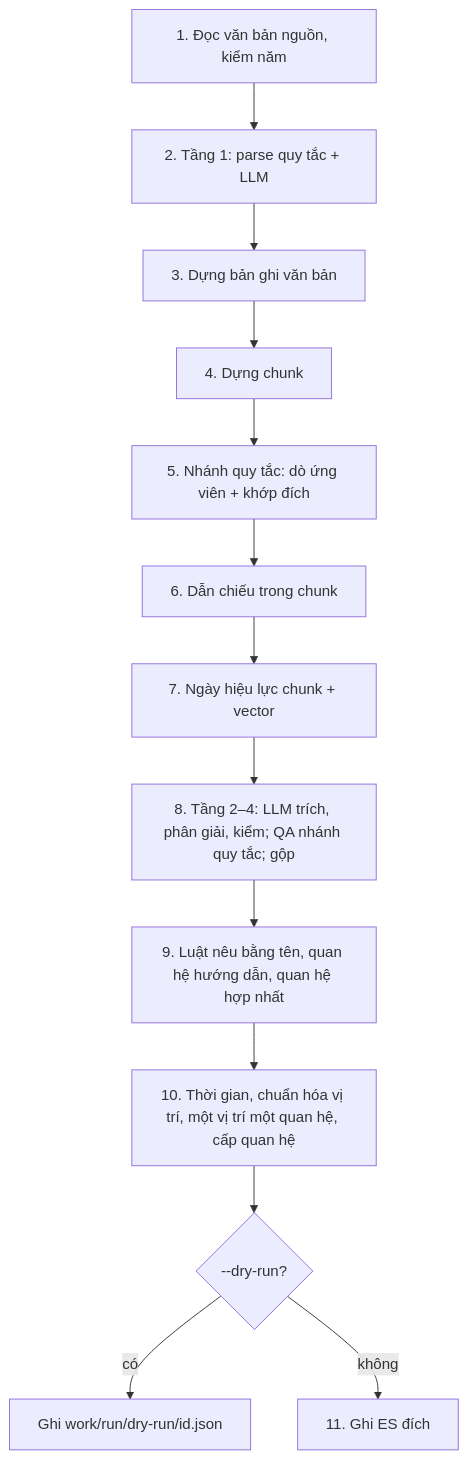
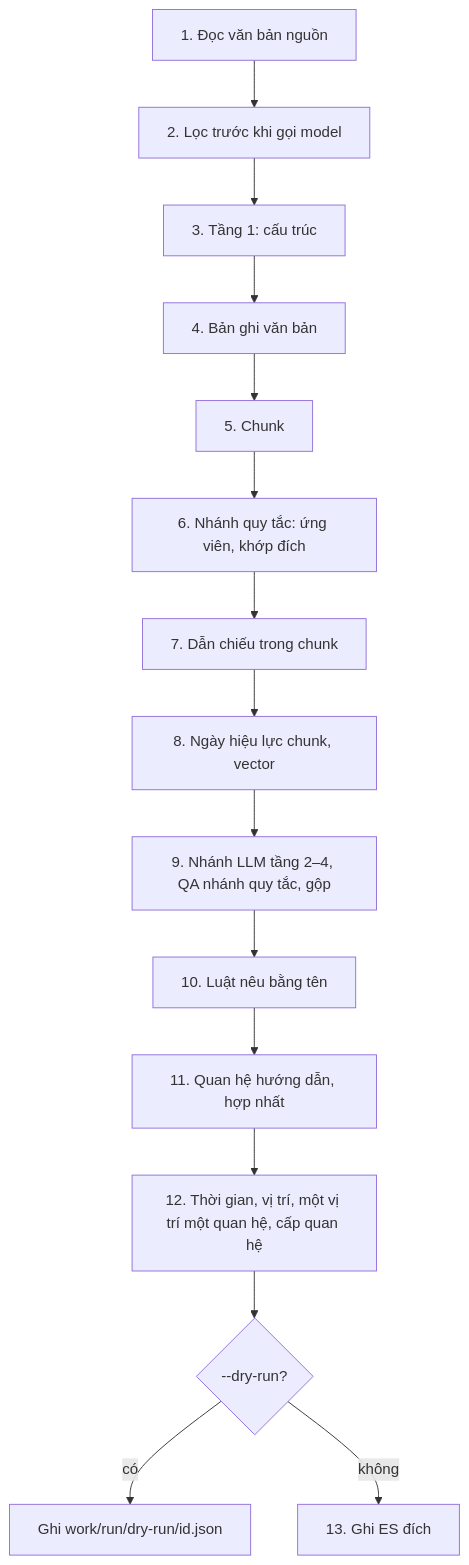
One commit to Vuminhnhat11224897/data_conversion changed the third of 3 diagrams in docs/02-luong-hoat-dong.md. Above: the diagram before and after it, drawn with Mermaid. The commit also changed other lines of this file and 15 other files, not shown here.

First line of the commit message:
docs: logic xử lý và câu hỏi LLM (12), phụ lục (13); cập nhật 01–11, README, .env.example; ignore thống kê và báo cáo một lần

````diff
--- a/docs/02-luong-hoat-dong.md
+++ b/docs/02-luong-hoat-dong.md
@@ -106,15 +197,17 @@
 ```mermaid
 flowchart TD
-  S1[1. Đọc văn bản nguồn, kiểm năm] --> S2[2. Tầng 1: parse quy tắc + LLM]
-  S2 --> S3[3. Dựng bản ghi văn bản]
-  S3 --> S4[4. Dựng chunk]
-  S4 --> S5[5. Nhánh quy tắc: dò ứng viên + khớp đích]
-  S5 --> S6[6. Dẫn chiếu trong chunk]
-  S6 --> S7[7. Ngày hiệu lực chunk + vector]
-  S7 --> S8["8. Tầng 2–4: LLM trích, phân giải, kiểm; QA nhánh quy tắc; gộp"]
-  S8 --> S9[9. Luật nêu bằng tên, quan hệ hướng dẫn, quan hệ hợp nhất]
-  S9 --> S10[10. Thời gian, chuẩn hóa vị trí, một vị trí một quan hệ, cấp quan hệ]
-  S10 --> S11{--dry-run?}
-  S11 -- có --> J[Ghi work/run/dry-run/id.json]
-  S11 -- không --> W[11. Ghi ES đích]
+  S1["1. Đọc văn bản nguồn"] --> S2["2. Lọc trước khi gọi model"]
+  S2 --> S3["3. Tầng 1: cấu trúc"]
+  S3 --> S4["4. Bản ghi văn bản"]
+  S4 --> S5["5. Chunk"]
+  S5 --> S6["6. Nhánh quy tắc: ứng viên, khớp đích"]
+  S6 --> S7["7. Dẫn chiếu trong chunk"]
+  S7 --> S8["8. Ngày hiệu lực chunk, vector"]
+  S8 --> S9["9. Nhánh LLM tầng 2–4, QA nhánh quy tắc, gộp"]
+  S9 --> S10["10. Luật nêu bằng tên"]
+  S10 --> S11["11. Quan hệ hướng dẫn, hợp nhất"]
+  S11 --> S12["12. Thời gian, vị trí, một vị trí một quan hệ, cấp quan hệ"]
+  S12 --> S13{"--dry-run?"}
+  S13 -- có --> J["Ghi work/run/dry-run/id.json"]
+  S13 -- không --> W["13. Ghi ES đích"]
 ```
````
